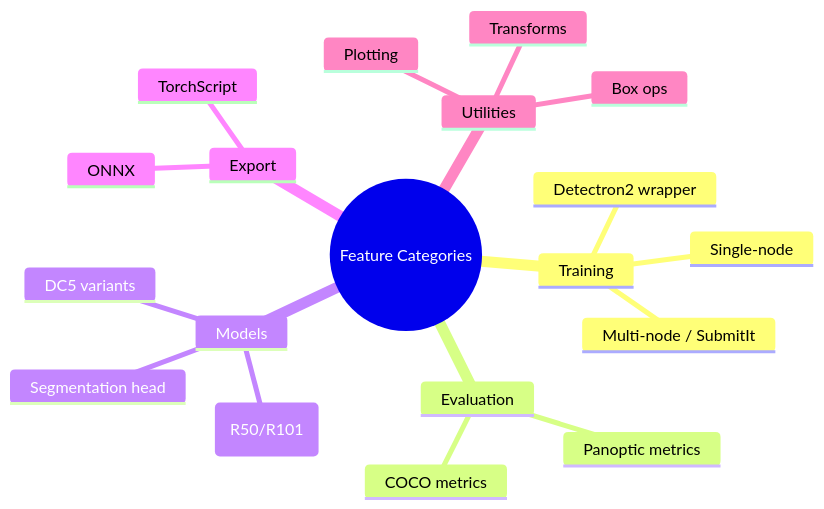
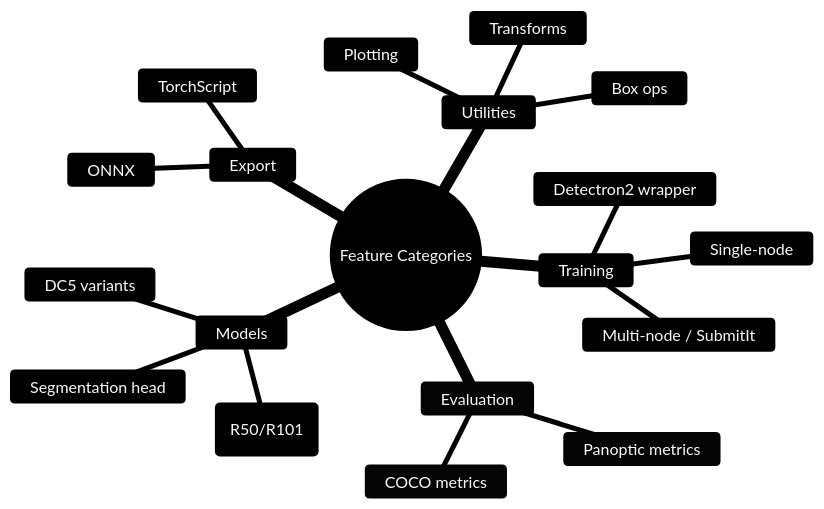
Before and after one commit to DarssiniRamesh/Object-detection: the diagram in FEATURE_CATEGORIES.mmd, drawn with Mermaid.

Commit message:
Checkpoint 9 - cmae5dbc1f

```diff
--- a/FEATURE_CATEGORIES.mmd
+++ b/FEATURE_CATEGORIES.mmd
@@ -1,54 +1,55 @@
-%% Mermaid mindmap diagram with explicit styling to keep node text black inside boxes,
-%% improving readability when rendered in dark-themed Markdown viewers.
+%% Mermaid mindmap diagram with explicit styling for dark-theme readability.
 %%
-%% Note: Mermaid theme variables are honored by GitHub and many Mermaid renderers.
-%% If your renderer ignores themeVariables, you may need to set the Mermaid theme to "neutral"
-%% or adjust the renderer configuration accordingly.
+%% Goal:
+%% - Avoid light/yellow-ish fills that reduce readability in dark UIs
+%% - Ensure high-contrast text and borders
+%% - Keep diagram background transparent so the surrounding page theme shows through
 %%
+%% Note: Different Mermaid renderers vary in which themeVariables they honor for mindmaps.
+%% These variables cover the common cases and are intentionally explicit.
+
 %%{init: {
   "theme": "base",
   "themeVariables": {
-    "primaryTextColor": "#000000",
-    "secondaryTextColor": "#000000",
-    "tertiaryTextColor": "#000000",
-    "textColor": "#000000",
+    "background": "transparent",
 
-    /*
-     * Mindmap renderer can require mindmap-specific variables to reliably control
-     * node label fill across different Markdown viewers/themes.
-     */
-    "nodeTextColor": "#000000",
-    "rootNodeTextColor": "#000000",
+    "primaryColor": "#111827",
+    "secondaryColor": "#1f2937",
+    "tertiaryColor": "#374151",
 
-    "lineColor": "#6b7280",
+    "primaryBorderColor": "#e5e7eb",
+    "secondaryBorderColor": "#d1d5db",
+    "tertiaryBorderColor": "#cbd5e1",
 
-    "primaryColor": "#ffffff",
-    "secondaryColor": "#f3f4f6",
-    "tertiaryColor": "#e5e7eb",
+    "textColor": "#f9fafb",
+    "primaryTextColor": "#f9fafb",
+    "secondaryTextColor": "#f9fafb",
+    "tertiaryTextColor": "#f9fafb",
 
-    "primaryBorderColor": "#9ca3af",
-    "secondaryBorderColor": "#9ca3af",
-    "tertiaryBorderColor": "#9ca3af"
+    "nodeTextColor": "#f9fafb",
+    "rootNodeTextColor": "#ffffff",
+
+    "lineColor": "#d1d5db"
   }
 }}%%
 
 mindmap
   root((Feature Categories))
     Training
       Single-node
       Multi-node / SubmitIt
       Detectron2 wrapper
     Evaluation
       COCO metrics
       Panoptic metrics
     Models
       DETR (R50/R101)
       DC5 variants
       Segmentation head
     Export
       TorchScript
       ONNX
     Utilities
       Plotting
       Box ops
       Transforms
```
